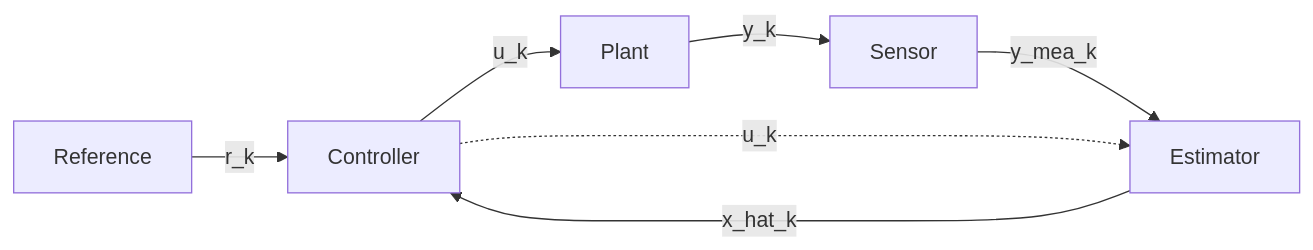
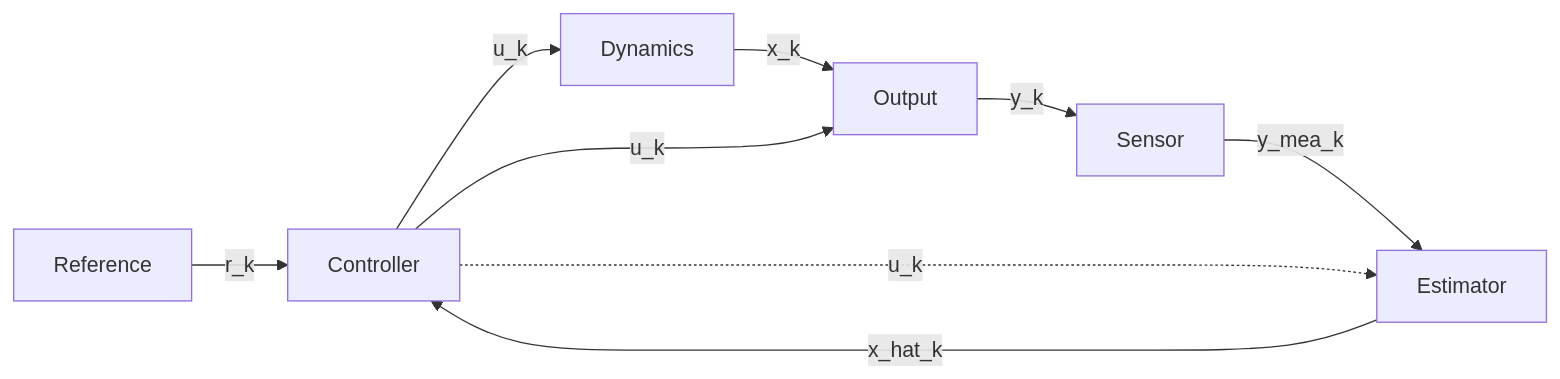
Before and after one commit to maxi-fr/simulate: the diagram in README.md, drawn with Mermaid. The commit also changed other lines of this file and 1 other file, not shown here.

````diff
--- a/README.md
+++ b/README.md
@@ -43,17 +44,19 @@
 ```mermaid
 graph LR
     %% Forward path (Left to Right)
     Ref[Reference] -->|r_k| C[Controller]
-    C -->|u_k| P[Plant]
+    C -->|u_k| D[Dynamics]
+    D -->|x_k| O[Output]
+    C -->|u_k| O
 
     %% Feedback path (Right to Left, underneath)
-    P -->|y_k| S[Sensor]
+    O -->|y_k| S[Sensor]
     S -->|y_mea_k| E[Estimator]
     E -->|x_hat_k| C
 
     C -.->|u_k| E
 
     %% Invisible links to force vertical alignment into columns
     C ~~~ E
-    P ~~~ S
+    D ~~~ S
 ```
````
